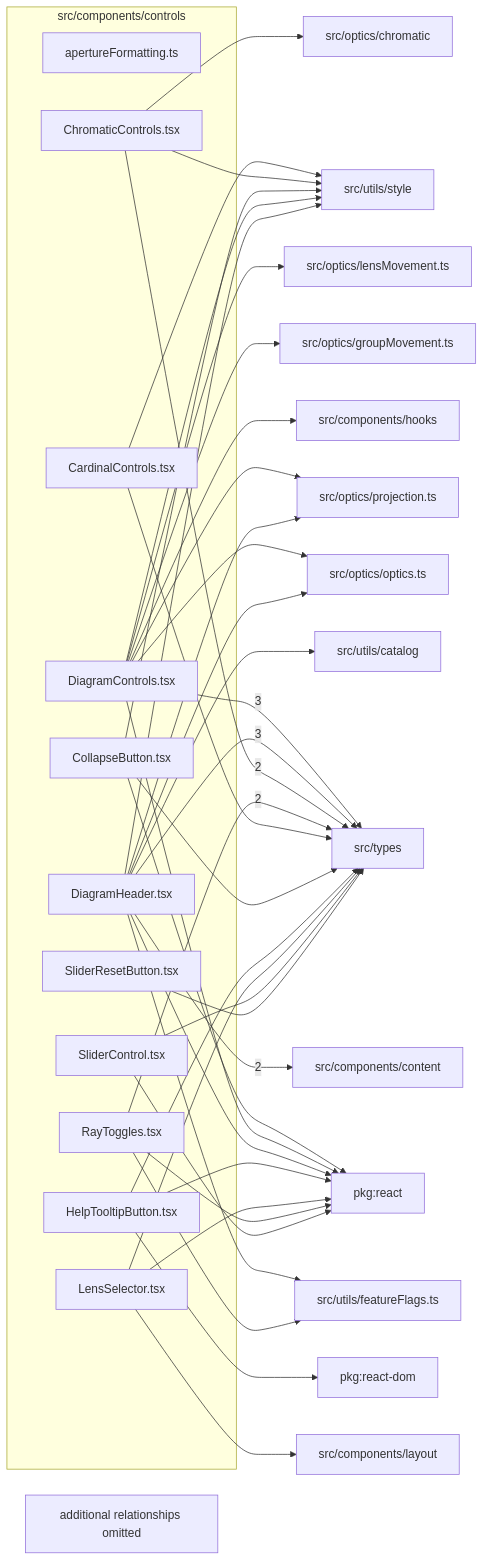
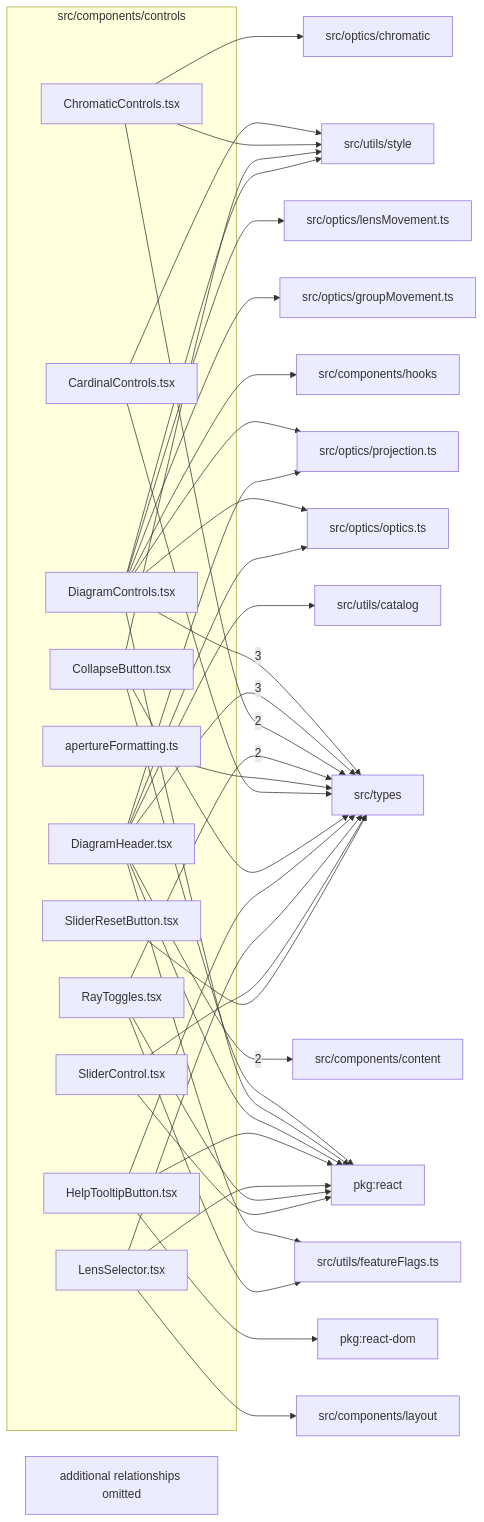
The diagram in src/components/controls/readme.md (ronbuening/LensVisualizer), drawn with Mermaid before and after one commit. The commit also changed other lines of this file and 23 other files, not shown here.

````diff
--- a/src/components/controls/readme.md
+++ b/src/components/controls/readme.md
@@ -9,67 +9,67 @@
 ```mermaid
 flowchart LR
   subgraph n_src_components_controls["src/components/controls"]
     n_src_components_controls_src_components_controls_apertureFormatting_ts["apertureFormatting.ts"]
     n_src_components_controls_src_components_controls_CardinalControls_tsx["CardinalControls.tsx"]
     n_src_components_controls_src_components_controls_ChromaticControls_tsx["ChromaticControls.tsx"]
     n_src_components_controls_src_components_controls_CollapseButton_tsx["CollapseButton.tsx"]
     n_src_components_controls_src_components_controls_DiagramControls_tsx["DiagramControls.tsx"]
     n_src_components_controls_src_components_controls_DiagramHeader_tsx["DiagramHeader.tsx"]
     n_src_components_controls_src_components_controls_HelpTooltipButton_tsx["HelpTooltipButton.tsx"]
     n_src_components_controls_src_components_controls_LensSelector_tsx["LensSelector.tsx"]
     n_src_components_controls_src_components_controls_RayToggles_tsx["RayToggles.tsx"]
     n_src_components_controls_src_components_controls_SliderControl_tsx["SliderControl.tsx"]
     n_src_components_controls_src_components_controls_SliderResetButton_tsx["SliderResetButton.tsx"]
   end
   n_external_src_types["src/types"]
   n_external_src_components_content["src/components/content"]
   n_external_pkg_react["pkg:react"]
   n_external_pkg_react_dom["pkg:react-dom"]
   n_external_src_components_hooks["src/components/hooks"]
   n_external_src_components_layout["src/components/layout"]
   n_external_src_optics_chromatic["src/optics/chromatic"]
   n_external_src_optics_groupMovement_ts["src/optics/groupMovement.ts"]
   n_external_src_optics_lensMovement_ts["src/optics/lensMovement.ts"]
   n_external_src_optics_optics_ts["src/optics/optics.ts"]
   n_external_src_optics_projection_ts["src/optics/projection.ts"]
   n_external_src_utils_catalog["src/utils/catalog"]
   n_external_src_utils_featureFlags_ts["src/utils/featureFlags.ts"]
   n_external_src_utils_style["src/utils/style"]
   n_src_components_controls_src_components_controls_DiagramControls_tsx --> |3| n_external_src_types
   n_src_components_controls_src_components_controls_DiagramHeader_tsx --> |3| n_external_src_types
   n_src_components_controls_src_components_controls_DiagramHeader_tsx --> |2| n_external_src_components_content
   n_src_components_controls_src_components_controls_ChromaticControls_tsx --> |2| n_external_src_types
   n_src_components_controls_src_components_controls_RayToggles_tsx --> |2| n_external_src_types
   n_src_components_controls_src_components_controls_CollapseButton_tsx --> n_external_pkg_react
   n_src_components_controls_src_components_controls_DiagramControls_tsx --> n_external_pkg_react
   n_src_components_controls_src_components_controls_DiagramHeader_tsx --> n_external_pkg_react
   n_src_components_controls_src_components_controls_HelpTooltipButton_tsx --> n_external_pkg_react
   n_src_components_controls_src_components_controls_LensSelector_tsx --> n_external_pkg_react
   n_src_components_controls_src_components_controls_RayToggles_tsx --> n_external_pkg_react
   n_src_components_controls_src_components_controls_SliderControl_tsx --> n_external_pkg_react
   n_src_components_controls_src_components_controls_HelpTooltipButton_tsx --> n_external_pkg_react_dom
   n_src_components_controls_src_components_controls_DiagramControls_tsx --> n_external_src_components_hooks
   n_src_components_controls_src_components_controls_LensSelector_tsx --> n_external_src_components_layout
   n_src_components_controls_src_components_controls_ChromaticControls_tsx --> n_external_src_optics_chromatic
   n_src_components_controls_src_components_controls_DiagramControls_tsx --> n_external_src_optics_groupMovement_ts
   n_src_components_controls_src_components_controls_DiagramControls_tsx --> n_external_src_optics_lensMovement_ts
   n_src_components_controls_src_components_controls_DiagramControls_tsx --> n_external_src_optics_optics_ts
   n_src_components_controls_src_components_controls_DiagramHeader_tsx --> n_external_src_optics_optics_ts
   n_src_components_controls_src_components_controls_DiagramControls_tsx --> n_external_src_optics_projection_ts
   n_src_components_controls_src_components_controls_DiagramHeader_tsx --> n_external_src_optics_projection_ts
+  n_src_components_controls_src_components_controls_apertureFormatting_ts --> n_external_src_types
   n_src_components_controls_src_components_controls_CardinalControls_tsx --> n_external_src_types
   n_src_components_controls_src_components_controls_CollapseButton_tsx --> n_external_src_types
   n_src_components_controls_src_components_controls_HelpTooltipButton_tsx --> n_external_src_types
   n_src_components_controls_src_components_controls_LensSelector_tsx --> n_external_src_types
   n_src_components_controls_src_components_controls_SliderControl_tsx --> n_external_src_types
   n_src_components_controls_src_components_controls_SliderResetButton_tsx --> n_external_src_types
   n_src_components_controls_src_components_controls_DiagramHeader_tsx --> n_external_src_utils_catalog
   n_src_components_controls_src_components_controls_DiagramHeader_tsx --> n_external_src_utils_featureFlags_ts
   n_src_components_controls_src_components_controls_RayToggles_tsx --> n_external_src_utils_featureFlags_ts
   n_src_components_controls_src_components_controls_CardinalControls_tsx --> n_external_src_utils_style
   n_src_components_controls_src_components_controls_ChromaticControls_tsx --> n_external_src_utils_style
   n_src_components_controls_src_components_controls_CollapseButton_tsx --> n_external_src_utils_style
   n_src_components_controls_src_components_controls_DiagramControls_tsx --> n_external_src_utils_style
-  n_src_components_controls_src_components_controls_DiagramHeader_tsx --> n_external_src_utils_style
   n_src_components_controls_truncated["additional relationships omitted"]
 ```
````
